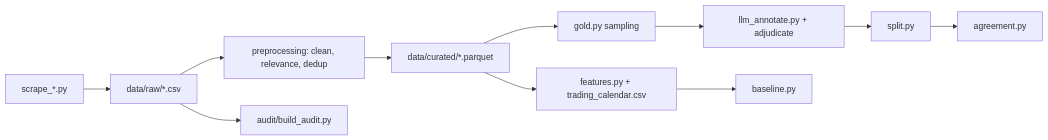
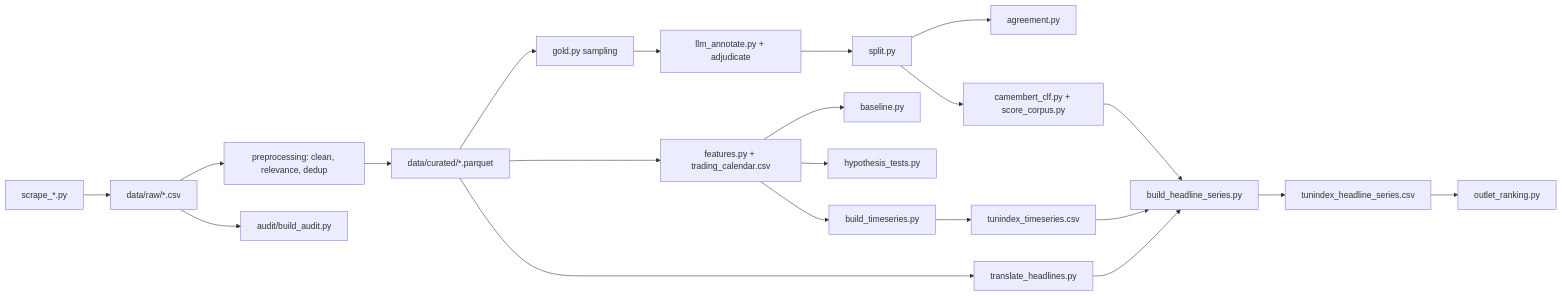
Before and after one commit to Botkraker/MarketPrediction: the diagram in README.md, drawn with Mermaid. The commit also changed other lines of this file and 14 other files, not shown here.

````diff
--- a/README.md
+++ b/README.md
@@ -34,13 +58,23 @@
 ```mermaid
 flowchart LR
     A[scrape_*.py] --> B[data/raw/*.csv]
     B --> C[preprocessing: clean, relevance, dedup]
     C --> D[data/curated/*.parquet]
     D --> E[gold.py sampling]
     E --> F[llm_annotate.py + adjudicate]
     F --> G[split.py]
     B --> H[audit/build_audit.py]
     G --> I[agreement.py]
     D --> J[features.py + trading_calendar.csv]
     J --> K[baseline.py]
+    J --> L[hypothesis_tests.py]
+    J --> M[build_timeseries.py]
+    M --> N[tunindex_timeseries.csv]
+    G --> O[camembert_clf.py + score_corpus.py]
+    D --> P[translate_headlines.py]
+    O --> Q[build_headline_series.py]
+    P --> Q
+    N --> Q
+    Q --> R[tunindex_headline_series.csv]
+    R --> S[outlet_ranking.py]
 ```
````
